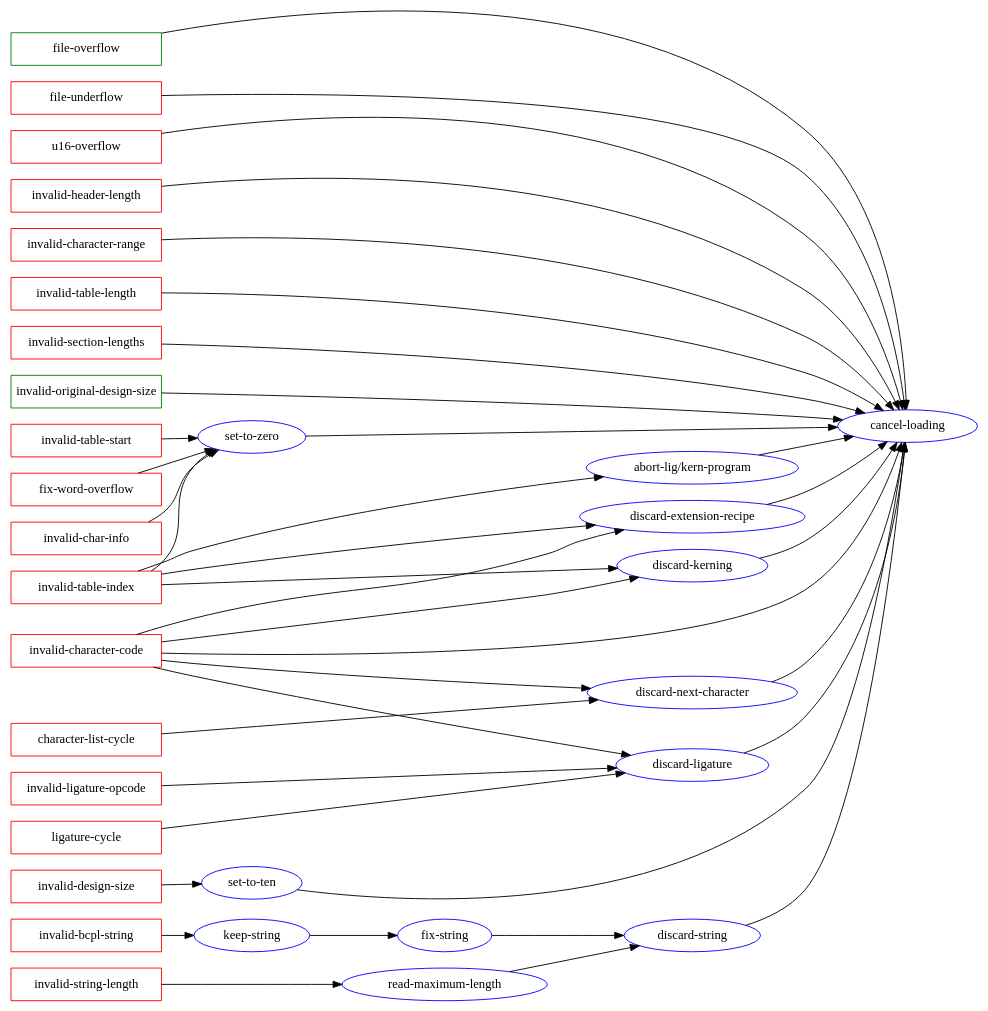
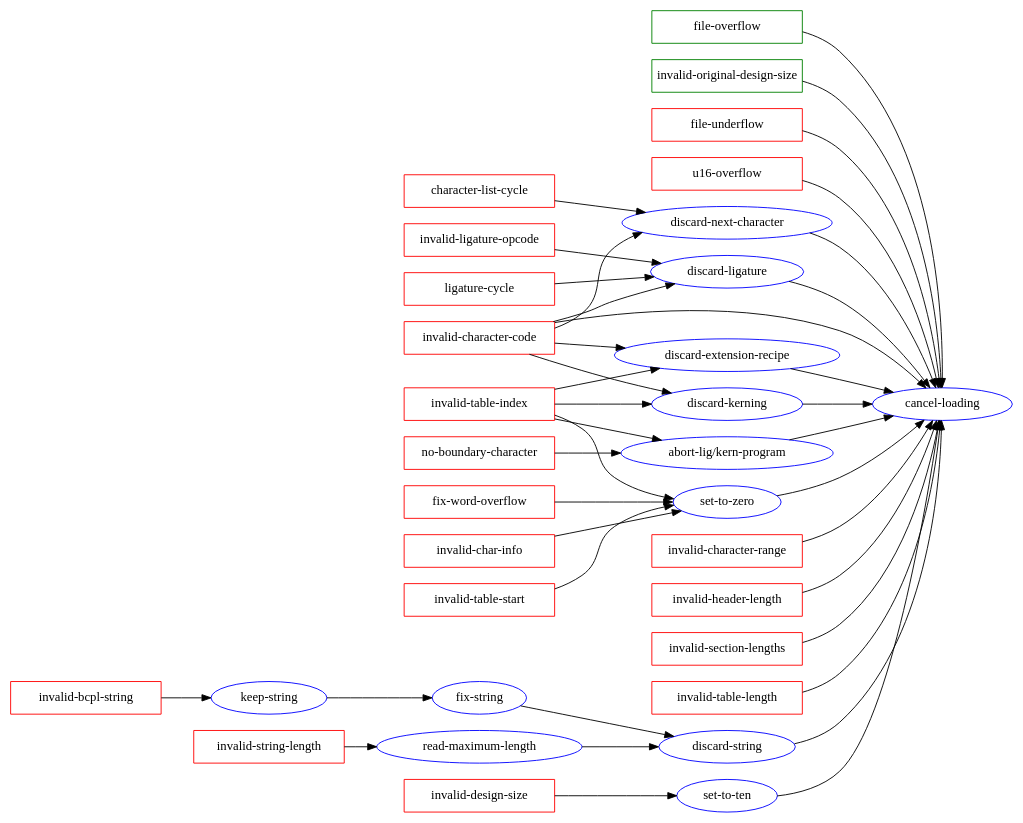
Before and after one commit to didierverna/tfm: the diagram in doc/conditions.dot, drawn with Graphviz.

Commit message:
Update condition graph in documentation.
2024-04-17  Didier Verna  <didier@didierverna.net>

	* doc/conditions.dot: Add missing NO-BOUNDARY-CHARACTER error. Let
	Dot compute its own layout.

```diff
--- a/doc/conditions.dot
+++ b/doc/conditions.dot
@@ -1,57 +1,46 @@
 strict digraph {
   rankdir=LR;
   node [shape=ellipse color=blue]
 
-  { rank=same "file-overflow" "file-underflow" "u16-overflow"
-    "invalid-header-length" "invalid-character-range"  "invalid-table-length"
-    "invalid-section-lengths"
-    "invalid-design-size" "invalid-original-design-size"
-    "fix-word-overflow" "invalid-bcpl-string" "invalid-char-info"
-    "invalid-character-code" "invalid-ligature-opcode" "invalid-string-length"
-    "invalid-table-index" "invalid-table-start" "ligature-cycle"
-    "character-list-cycle" }
-
-  { rank=same "set-to-zero" "set-to-ten" }
-
-  { rank=same "discard-string" "discard-extension-recipe" "discard-kerning"
-    "discard-ligature" "discard-next-character" }
 
 
   "file-overflow" [shape=box color=green fixedsize=true width=2.3]
   "invalid-original-design-size" [shape=box color=green fixedsize=true width=2.3]
 
   "character-list-cycle", "file-underflow", "u16-overflow",
   "fix-word-overflow", "invalid-bcpl-string", "invalid-char-info",
   "invalid-character-code", "invalid-character-range", "invalid-design-size",
   "invalid-header-length", "invalid-ligature-opcode",
   "invalid-section-lengths", "invalid-string-length", "invalid-table-index",
-  "invalid-table-length", "invalid-table-start", "ligature-cycle"
+  "invalid-table-length", "invalid-table-start", "ligature-cycle",
+  "no-boundary-character"
   [shape=box color=red fixedsize=true width=2.3]
 
   "file-overflow" -> "cancel-loading";
   "invalid-original-design-size" -> "cancel-loading";
   "file-underflow" -> "cancel-loading";
   "u16-overflow" -> "cancel-loading";
   "invalid-header-length" -> "cancel-loading";
   "invalid-section-lengths" -> "cancel-loading";
   "invalid-table-length" -> "cancel-loading";
   "invalid-character-range" -> "cancel-loading";
   "character-list-cycle" -> "discard-next-character" -> "cancel-loading";
   "fix-word-overflow" -> "set-to-zero" -> "cancel-loading";
   "invalid-bcpl-string" -> "keep-string" -> "fix-string" -> "discard-string" -> "cancel-loading";
   "invalid-char-info" -> "set-to-zero" -> "cancel-loading";
   "invalid-character-code" -> "cancel-loading";
   "invalid-character-code" -> "discard-extension-recipe" -> "cancel-loading";
   "invalid-character-code" -> "discard-kerning" -> "cancel-loading";
   "invalid-character-code" -> "discard-ligature" -> "cancel-loading";
   "invalid-character-code" -> "discard-next-character" -> "cancel-loading";
+  "no-boundary-character" -> "abort-lig/kern-program" -> "cancel-loading";
   "invalid-design-size" -> "set-to-ten" -> "cancel-loading";
   "invalid-ligature-opcode" -> "discard-ligature" -> "cancel-loading";
   "invalid-string-length" -> "read-maximum-length" -> "discard-string" -> "cancel-loading";
   "invalid-table-index" -> "abort-lig/kern-program" -> "cancel-loading";
   "invalid-table-index" -> "discard-extension-recipe" -> "cancel-loading";
   "invalid-table-index" -> "discard-kerning" -> "cancel-loading";
   "invalid-table-index" -> "set-to-zero" -> "cancel-loading";
   "invalid-table-start" -> "set-to-zero" -> "cancel-loading";
   "ligature-cycle" -> "discard-ligature" -> "cancel-loading";
 }
```
